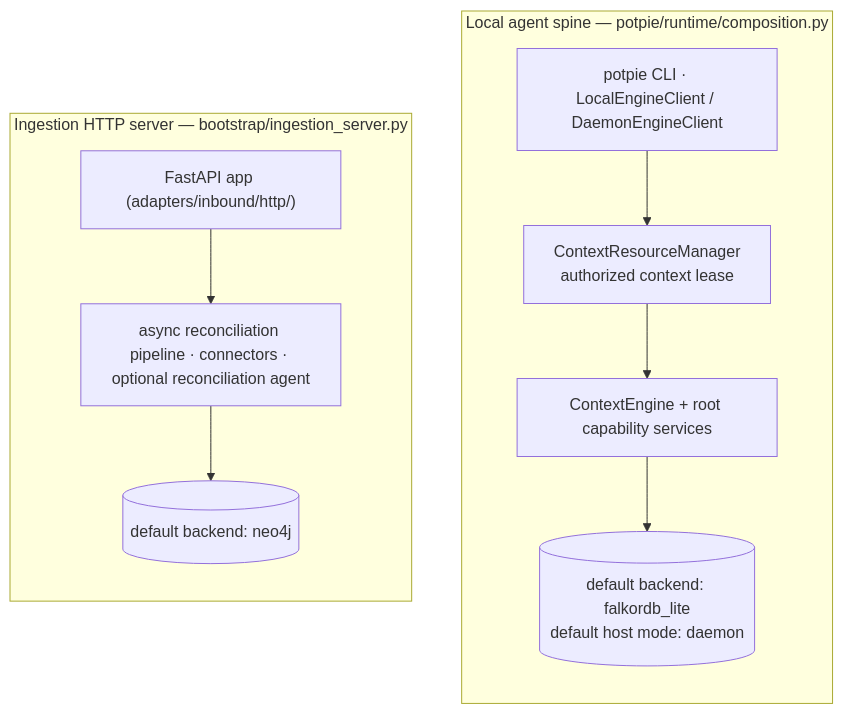
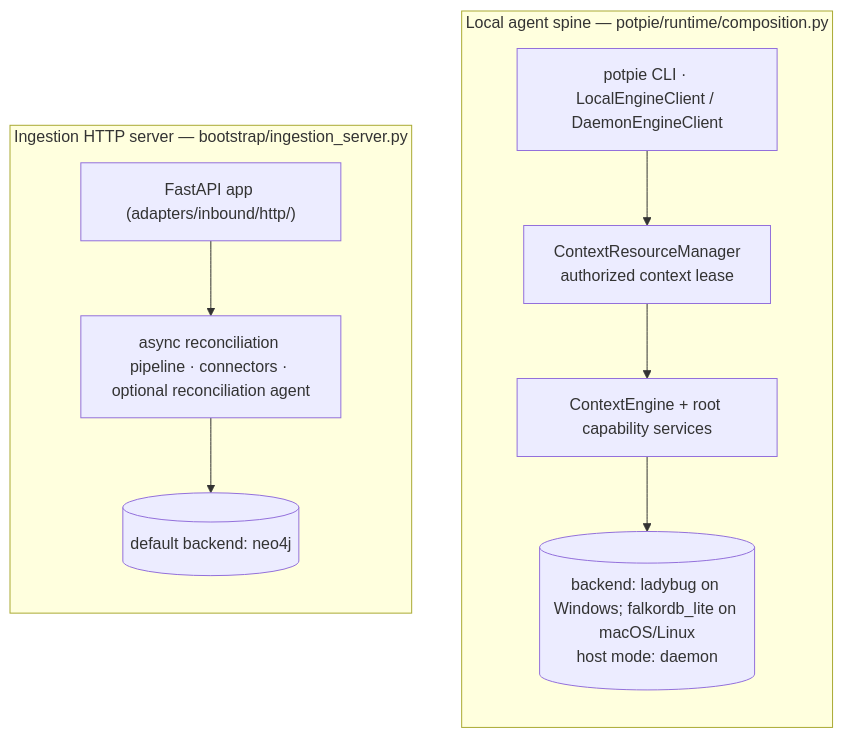
One commit to potpie-ai/potpie changed the second of 6 diagrams in docs/context-graph/architecture.md. Above: the diagram before and after it, drawn with Mermaid. The commit also changed other lines of this file and 29 other files, not shown here.

Commit message:
feat(windows): add Ladybug local graph support

````diff
--- a/docs/context-graph/architecture.md
+++ b/docs/context-graph/architecture.md
@@ -66,19 +66,19 @@
 ```mermaid
 flowchart TB
   subgraph cg_spine["Local agent spine — potpie/runtime/composition.py"]
     direction TB
     cg_cli["potpie CLI · LocalEngineClient / DaemonEngineClient"]
     cg_shell["ContextResourceManager<br/>authorized context lease"]
     cg_services["ContextEngine + root capability services"]
-    cg_lite[("default backend: falkordb_lite<br/>default host mode: daemon")]
+    cg_lite[("backend: ladybug on Windows; falkordb_lite on macOS/Linux<br/>host mode: daemon")]
     cg_cli --> cg_shell --> cg_services --> cg_lite
   end
 
   subgraph cg_ingest["Ingestion HTTP server — bootstrap/ingestion_server.py"]
     direction TB
     cg_fastapi["FastAPI app (adapters/inbound/http/)"]
     cg_pipeline["async reconciliation pipeline · connectors · optional reconciliation agent"]
     cg_neo[("default backend: neo4j")]
     cg_fastapi --> cg_pipeline --> cg_neo
   end
 ```
````
